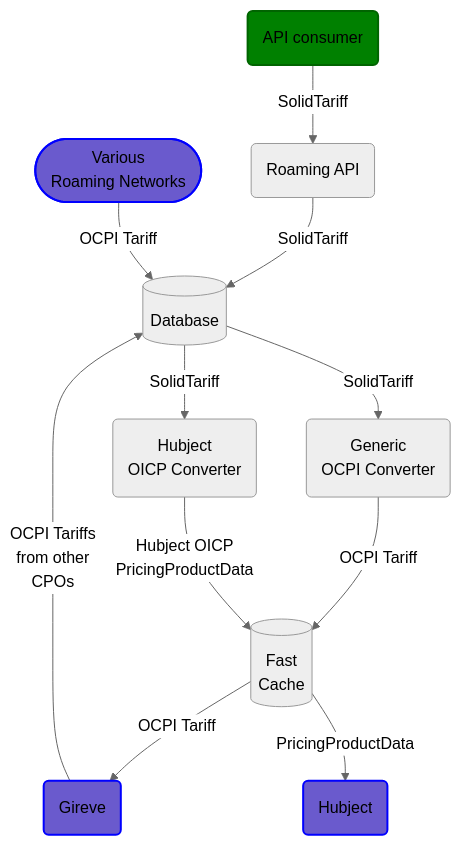
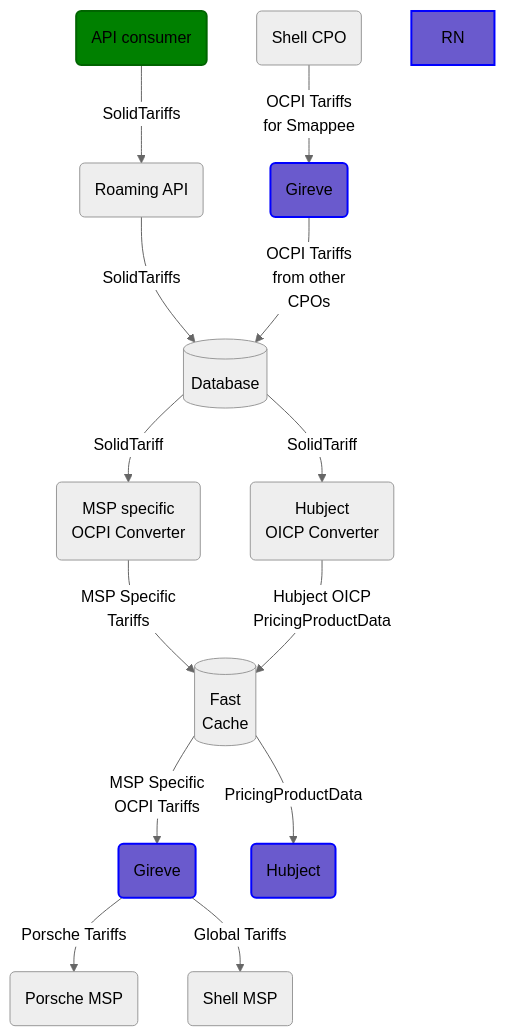
Before and after one commit to erkkiat/ocpi: the first of 4 diagrams in documentation/tariffs.md, drawn with Mermaid (neutral theme). The commit also changed 1 other file, not shown here.

Commit message:
Documentation improvements

````diff
--- a/documentation/tariffs.md
+++ b/documentation/tariffs.md
@@ -14,18 +14,21 @@
 ```mermaid
 graph TD
-    CPO(API consumer) -- SolidTariff --> API(Roaming API)
-    API -- SolidTariff --> DB[(Database)]
-    RN([Various <br/>Roaming Networks]) -- OCPI Tariff --> DB
-    DB -- SolidTariff --> F1(Generic <br/> OCPI Converter)
-    DB -- SolidTariff --> F2(Hubject <br/> OICP Converter)
-    F1 -- OCPI Tariff --> CACHE[(Fast <br/> Cache)]
-    F2 -- Hubject OICP <br/> PricingProductData --> CACHE
-    CACHE -- OCPI Tariff --> G(Gireve)
+    CPO(API consumer) -- SolidTariffs --> API(Roaming API)
+    API -- SolidTariffs --> DB[(Database)]
+    DB -- SolidTariff --> F1(MSP specific <br> OCPI Converter)
+    G -- Porsche Tariffs --> PM(Porsche MSP)
+    G -- Global Tariffs --> SM(Shell MSP)
+    DB -- SolidTariff --> F2(Hubject <br> OICP Converter)
+    F1 -- MSP Specific <br> Tariffs --> CACHE[(Fast <br> Cache)]
+    CACHE -- MSP Specific <br> OCPI Tariffs --> G(Gireve)
     CACHE -- PricingProductData --> H(Hubject)
-    G -- "OCPI Tariffs<br/>from other<br/>CPOs" -->DB
+    G2(Gireve) -- "OCPI Tariffs<br>from other<br>CPOs" -->DB
+    SC(Shell CPO) -- OCPI Tariffs <br> for Smappee --> G2
+    F2 -- Hubject OICP <br> PricingProductData --> CACHE
     style CPO fill:green,stroke:darkgreen,stroke-width:2px
     style G fill:slateblue,stroke:blue,stroke-width:2px,color:black
+    style G2 fill:slateblue,stroke:blue,stroke-width:2px,color:black
     style H fill:slateblue,stroke:blue,stroke-width:2px,color:black
     style RN fill:slateblue,stroke:blue,stroke-width:2px,color:black
 
 ```
````
